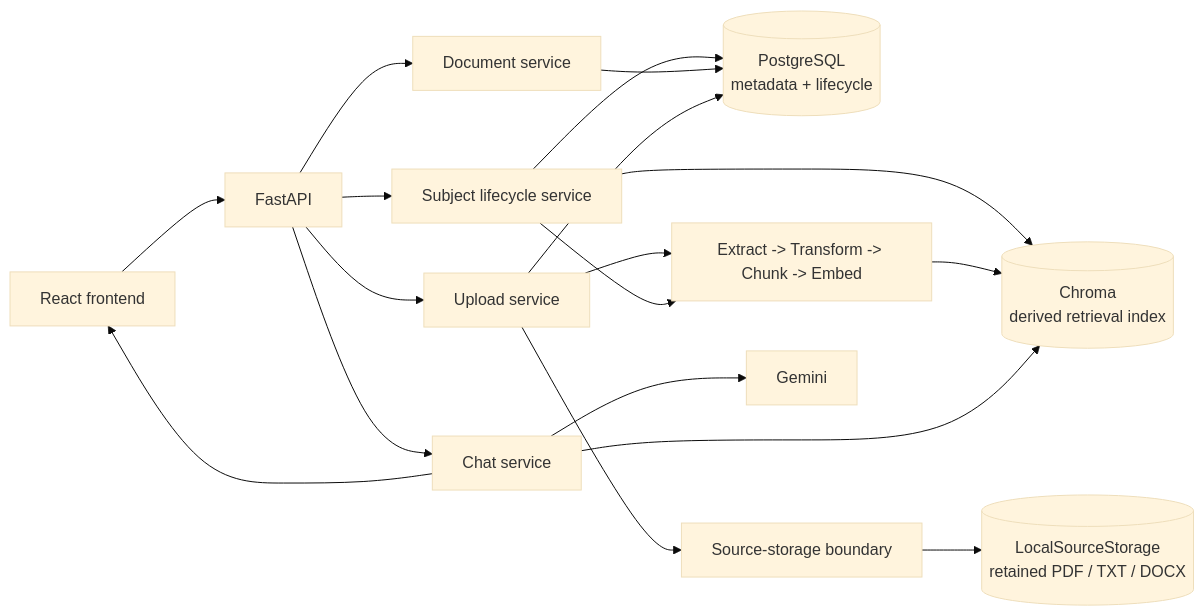
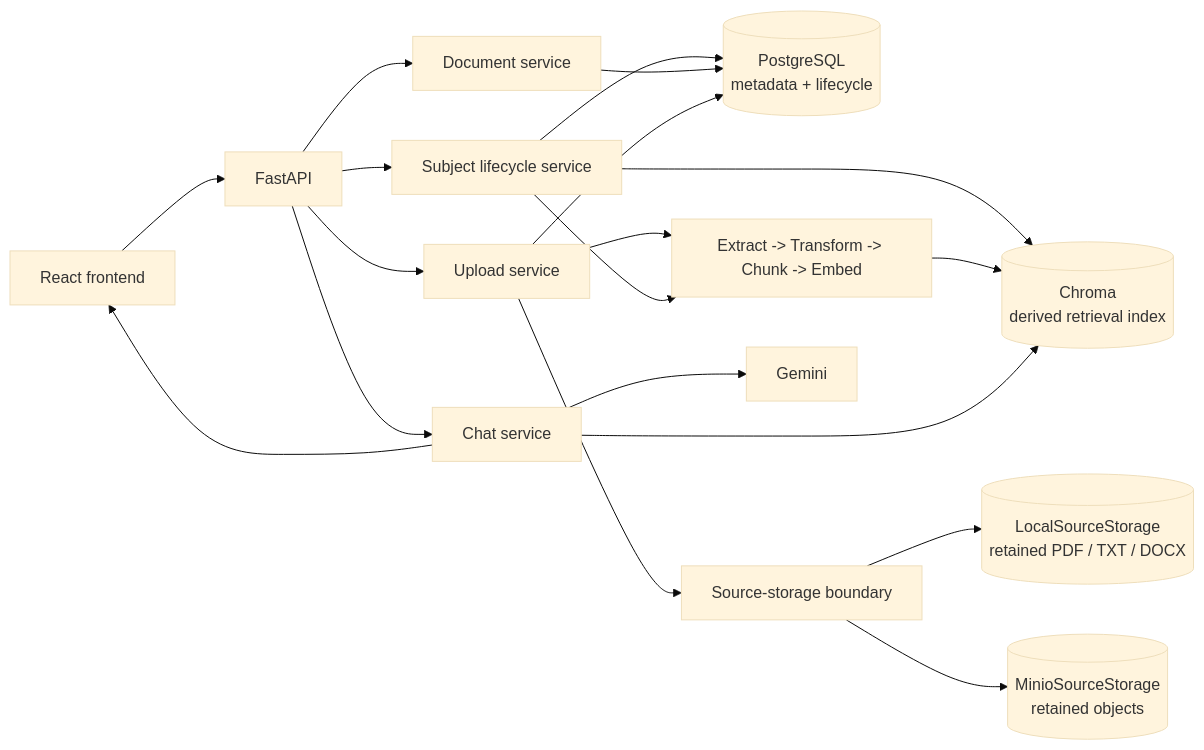
One commit to tonthatgiahuy16/CloudMentor-AI changed the diagram in README.md. Above: the diagram before and after it, drawn with Mermaid (base theme). The commit also changed other lines of this file and 2 other files, not shown here.

````diff
--- a/README.md
+++ b/README.md
@@ -100,22 +100,23 @@
 ```mermaid
 flowchart LR
     UI[React frontend] --> API[FastAPI]
     API --> SUBJECTS[Subject lifecycle service]
     API --> UPLOAD[Upload service]
     API --> CHAT[Chat service]
     API --> DOCS[Document service]
 
     SUBJECTS --> PG[(PostgreSQL\nmetadata + lifecycle)]
     DOCS --> PG
     UPLOAD --> STORAGE[Source-storage boundary]
     STORAGE --> FILES[(LocalSourceStorage\nretained PDF / TXT / DOCX)]
+    STORAGE --> MINIO[(MinioSourceStorage\nretained objects)]
     UPLOAD --> PIPELINE[Extract -> Transform -> Chunk -> Embed]
     SUBJECTS --> PIPELINE
     SUBJECTS --> CHROMA
     PIPELINE --> CHROMA[(Chroma\nderived retrieval index)]
     UPLOAD --> PG
 
     CHAT --> CHROMA
     CHAT --> LLM[Gemini]
     CHAT --> UI
 ```
````
